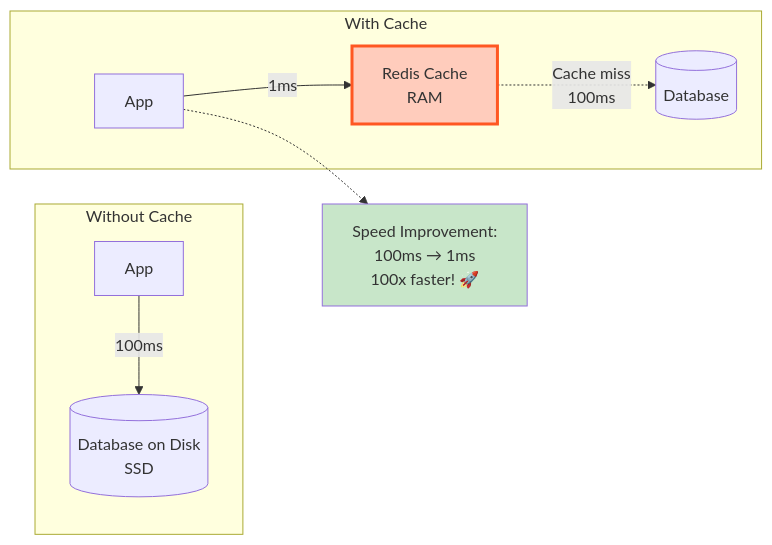
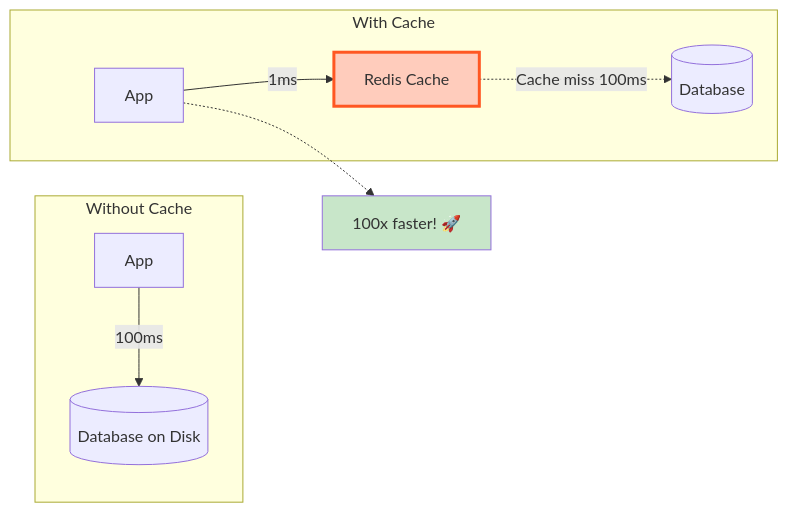
Before and after one commit to p1kmr/for-reading: the first of 10 diagrams in HLD/foundation/03_caching.md, drawn with Mermaid. The commit also changed other lines of this file, not shown here.

Commit message:
Fix Mermaid diagrams in 03_caching.md: Remove br tags and simplify node labels for GitHub compatibility

````diff
--- a/HLD/foundation/03_caching.md
+++ b/HLD/foundation/03_caching.md
@@ -17,18 +17,18 @@
 ```mermaid
 graph LR
-    subgraph "Without Cache"
-        App1[App] -->|100ms| DB1[(Database on Disk<br/>SSD)]
+    subgraph Without_Cache[Without Cache]
+        App1[App] -->|100ms| DB1[(Database on Disk)]
     end
 
-    subgraph "With Cache"
-        App2[App] -->|1ms| Cache[Redis Cache<br/>RAM]
-        Cache -.Cache miss<br/>100ms.-> DB2[(Database)]
+    subgraph With_Cache[With Cache]
+        App2[App] -->|1ms| Cache[Redis Cache]
+        Cache -.->|Cache miss 100ms| DB2[(Database)]
     end
 
-    Speed[Speed Improvement:<br/>100ms → 1ms<br/>100x faster! 🚀]
+    Speed[100x faster! 🚀]
 
     App2 -.-> Speed
 
     style Cache fill:#ffccbc,stroke:#ff5722,stroke-width:3px
     style Speed fill:#c8e6c9
 ```
````
